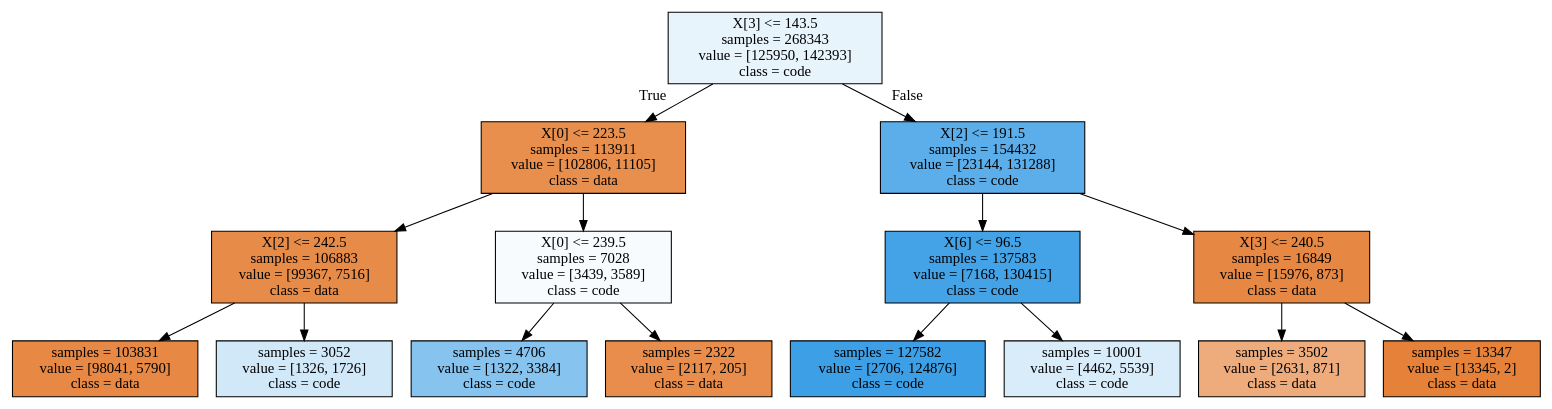
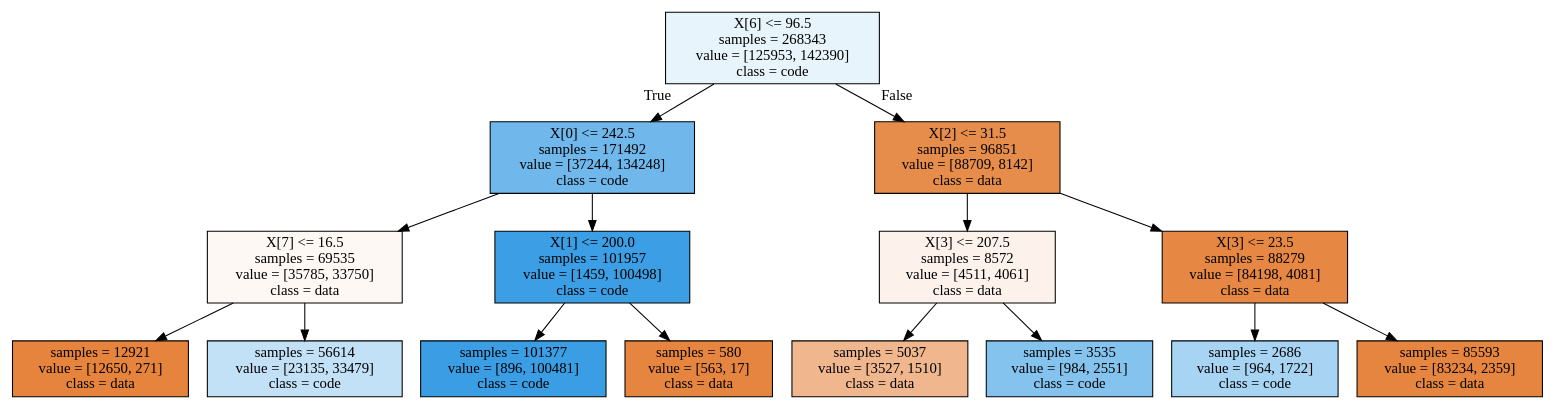
The diagram in learning/dt/tree.dot (livjgovob0614/w), drawn with Graphviz before and after one commit. The commit also changed 42 other files, not shown here.

```diff
--- a/learning/dt/tree.dot
+++ b/learning/dt/tree.dot
@@ -1,32 +1,32 @@
 digraph Tree {
 node [shape=box, style="filled", color="black"] ;
-0 [label="X[3] <= 143.5\nsamples = 268343\nvalue = [125950, 142393]\nclass = code", fillcolor="#e8f4fc"] ;
-1 [label="X[0] <= 223.5\nsamples = 113911\nvalue = [102806, 11105]\nclass = data", fillcolor="#e88f4e"] ;
+0 [label="X[6] <= 96.5\nsamples = 268343\nvalue = [125953, 142390]\nclass = code", fillcolor="#e8f4fc"] ;
+1 [label="X[0] <= 242.5\nsamples = 171492\nvalue = [37244, 134248]\nclass = code", fillcolor="#70b8ec"] ;
 0 -> 1 [labeldistance=2.5, labelangle=45, headlabel="True"] ;
-2 [label="X[2] <= 242.5\nsamples = 106883\nvalue = [99367, 7516]\nclass = data", fillcolor="#e78b48"] ;
+2 [label="X[7] <= 16.5\nsamples = 69535\nvalue = [35785, 33750]\nclass = data", fillcolor="#fef8f4"] ;
 1 -> 2 ;
-3 [label="samples = 103831\nvalue = [98041, 5790]\nclass = data", fillcolor="#e78845"] ;
+3 [label="samples = 12921\nvalue = [12650, 271]\nclass = data", fillcolor="#e6843d"] ;
 2 -> 3 ;
-4 [label="samples = 3052\nvalue = [1326, 1726]\nclass = code", fillcolor="#d1e8f9"] ;
+4 [label="samples = 56614\nvalue = [23135, 33479]\nclass = code", fillcolor="#c2e1f7"] ;
 2 -> 4 ;
-5 [label="X[0] <= 239.5\nsamples = 7028\nvalue = [3439, 3589]\nclass = code", fillcolor="#f7fbfe"] ;
+5 [label="X[1] <= 200.0\nsamples = 101957\nvalue = [1459, 100498]\nclass = code", fillcolor="#3c9ee5"] ;
 1 -> 5 ;
-6 [label="samples = 4706\nvalue = [1322, 3384]\nclass = code", fillcolor="#86c3ef"] ;
+6 [label="samples = 101377\nvalue = [896, 100481]\nclass = code", fillcolor="#3b9ee5"] ;
 5 -> 6 ;
-7 [label="samples = 2322\nvalue = [2117, 205]\nclass = data", fillcolor="#e88d4c"] ;
+7 [label="samples = 580\nvalue = [563, 17]\nclass = data", fillcolor="#e6853f"] ;
 5 -> 7 ;
-8 [label="X[2] <= 191.5\nsamples = 154432\nvalue = [23144, 131288]\nclass = code", fillcolor="#5caeea"] ;
+8 [label="X[2] <= 31.5\nsamples = 96851\nvalue = [88709, 8142]\nclass = data", fillcolor="#e78d4b"] ;
 0 -> 8 [labeldistance=2.5, labelangle=-45, headlabel="False"] ;
-9 [label="X[6] <= 96.5\nsamples = 137583\nvalue = [7168, 130415]\nclass = code", fillcolor="#44a2e6"] ;
+9 [label="X[3] <= 207.5\nsamples = 8572\nvalue = [4511, 4061]\nclass = data", fillcolor="#fcf2eb"] ;
 8 -> 9 ;
-10 [label="samples = 127582\nvalue = [2706, 124876]\nclass = code", fillcolor="#3d9fe6"] ;
+10 [label="samples = 5037\nvalue = [3527, 1510]\nclass = data", fillcolor="#f0b78e"] ;
 9 -> 10 ;
-11 [label="samples = 10001\nvalue = [4462, 5539]\nclass = code", fillcolor="#d9ecfa"] ;
+11 [label="samples = 3535\nvalue = [984, 2551]\nclass = code", fillcolor="#85c3ef"] ;
 9 -> 11 ;
-12 [label="X[3] <= 240.5\nsamples = 16849\nvalue = [15976, 873]\nclass = data", fillcolor="#e68844"] ;
+12 [label="X[3] <= 23.5\nsamples = 88279\nvalue = [84198, 4081]\nclass = data", fillcolor="#e68743"] ;
 8 -> 12 ;
-13 [label="samples = 3502\nvalue = [2631, 871]\nclass = data", fillcolor="#eeab7b"] ;
+13 [label="samples = 2686\nvalue = [964, 1722]\nclass = code", fillcolor="#a8d4f4"] ;
 12 -> 13 ;
-14 [label="samples = 13347\nvalue = [13345, 2]\nclass = data", fillcolor="#e58139"] ;
+14 [label="samples = 85593\nvalue = [83234, 2359]\nclass = data", fillcolor="#e6853f"] ;
 12 -> 14 ;
 }
```
